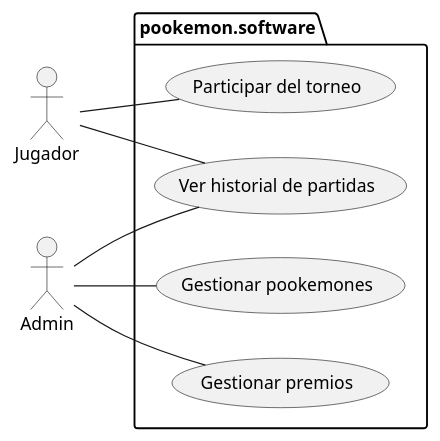
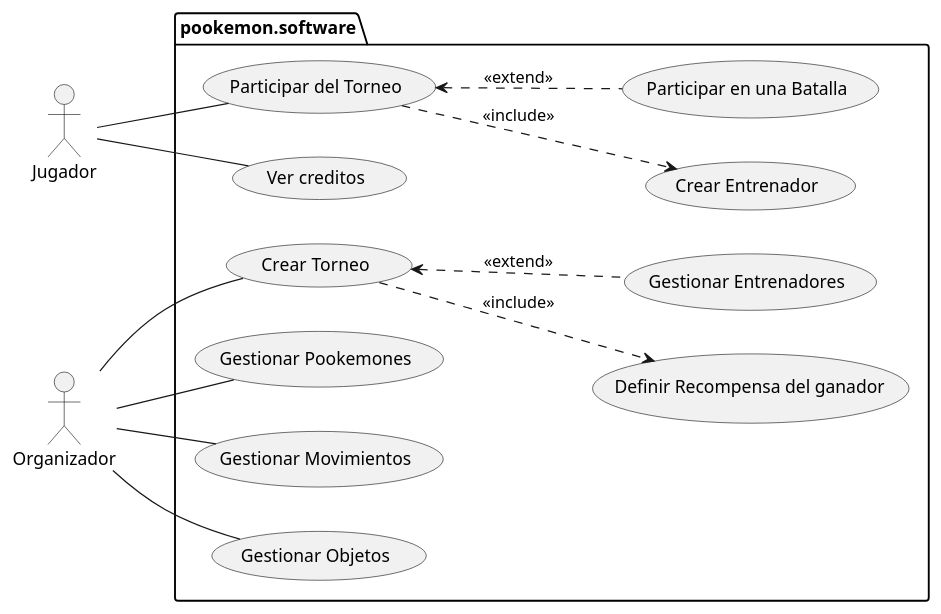
Before and after one commit to Edmh1/Poo-Kemon-proyecto: the diagram in 5 diagramas de casos de uso/Casos de usos (Nivel 0).plantuml, drawn with PlantUML. The commit also changed 4 other files, not shown here.

Commit message:
caso de uso nivel 0

```diff
--- a/5 diagramas de casos de uso/Casos de usos (Nivel 0).plantuml
+++ b/5 diagramas de casos de uso/Casos de usos (Nivel 0).plantuml
@@ -1,22 +1,38 @@
-@startuml casos_de_uso
+@startuml casos_de_uso_nivel_0
 
 left to right direction
 
 actor Jugador 
-actor Admin 
+actor Organizador 
 
 package "pookemon.software" {
-    usecase "Participar del torneo" as parTor
-    usecase "Ver historial de partidas" as verHisPar
-    usecase "Gestionar pookemones" as gesPoo
-    usecase "Gestionar premios" as gesPre
+    
+    usecase "Participar del Torneo" as parTor
+    usecase "Crear Entrenador" as creEnt
+    usecase "Participar en una Batalla" as parBat
+
+    usecase "Ver creditos" as verCre
+
+    usecase "Crear Torneo" as creTor
+    usecase "Definir Recompensa del ganador" as defRec
+    usecase "Gestionar Pookemones" as gesPoo
+    usecase "Gestionar Movimientos" as gesMov
+    usecase "Gestionar Entrenadores" as gesEnt
+    usecase "Gestionar Objetos" as gesObj
 }
 
+Jugador -- verCre
+
 Jugador -- parTor
-Jugador -- verHisPar
+parTor ..> creEnt:<<include>>
 
-Admin -- gesPoo
-Admin -- gesPre
-Admin -- verHisPar
+parTor <.. parBat:<<extend>>
+
+Organizador -- creTor
+Organizador -- gesPoo
+Organizador -- gesObj
+Organizador -- gesMov
+creTor ..> defRec:<<include>>
+creTor <.. gesEnt:<<extend>>
 
 @enduml
```
